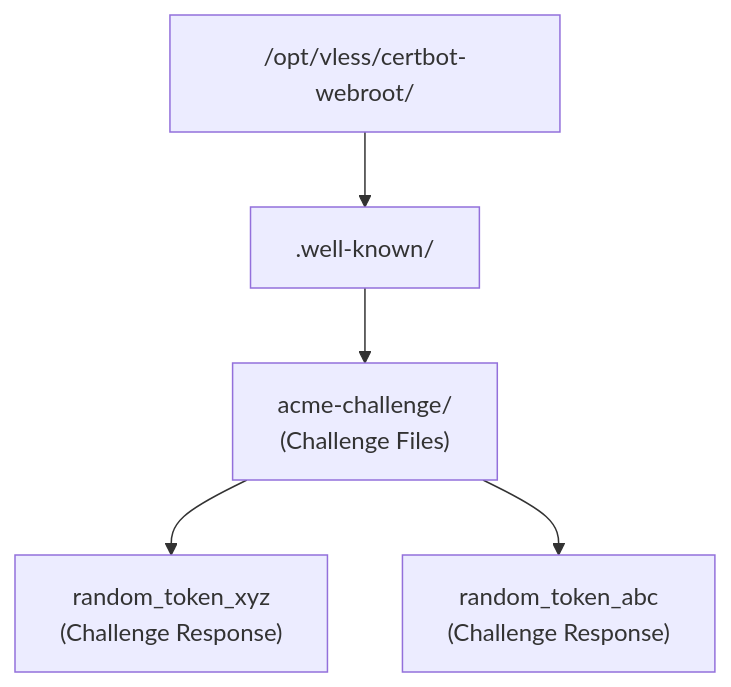
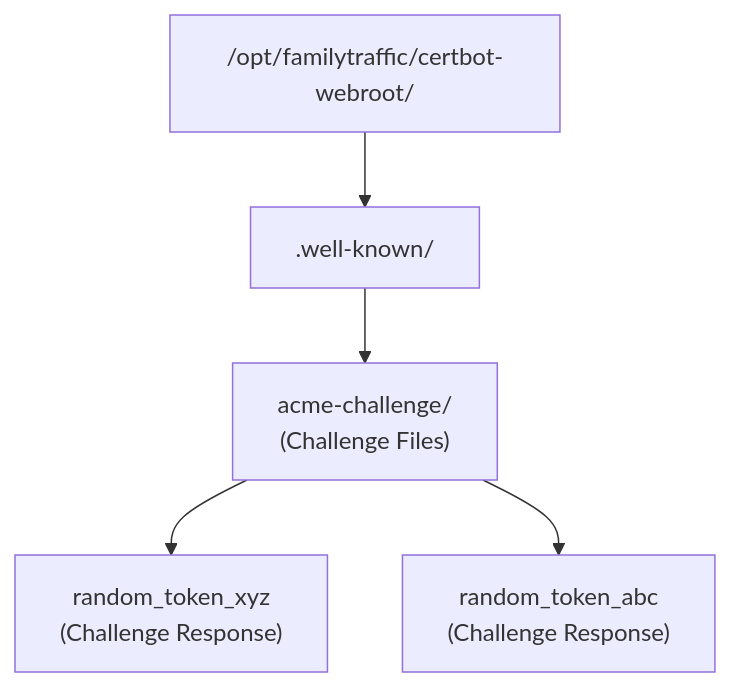
Before and after one commit to ikeniborn/vless: the seventh of 10 diagrams in docs/architecture/diagrams/deployment/filesystem-layout.md, drawn with Mermaid. The commit also changed other lines of this file and 66 other files, not shown here.

First line of the commit message:
refactor(rename): replace old project name 'vless' with 'familytraffic'

````diff
--- a/docs/architecture/diagrams/deployment/filesystem-layout.md
+++ b/docs/architecture/diagrams/deployment/filesystem-layout.md
@@ -278,13 +278,13 @@
 ```mermaid
 graph TB
-    CertbotDir["/opt/vless/certbot-webroot/"]
+    CertbotDir["/opt/familytraffic/certbot-webroot/"]
 
     WellKnown[".well-known/"]
 
     CertbotDir --> WellKnown
 
     WellKnown --> ACMEChallenge["acme-challenge/<br/>(Challenge Files)"]
 
     ACMEChallenge --> Token1["random_token_xyz<br/>(Challenge Response)"]
     ACMEChallenge --> Token2["random_token_abc<br/>(Challenge Response)"]
 ```
````
